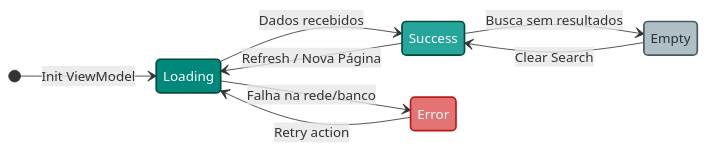
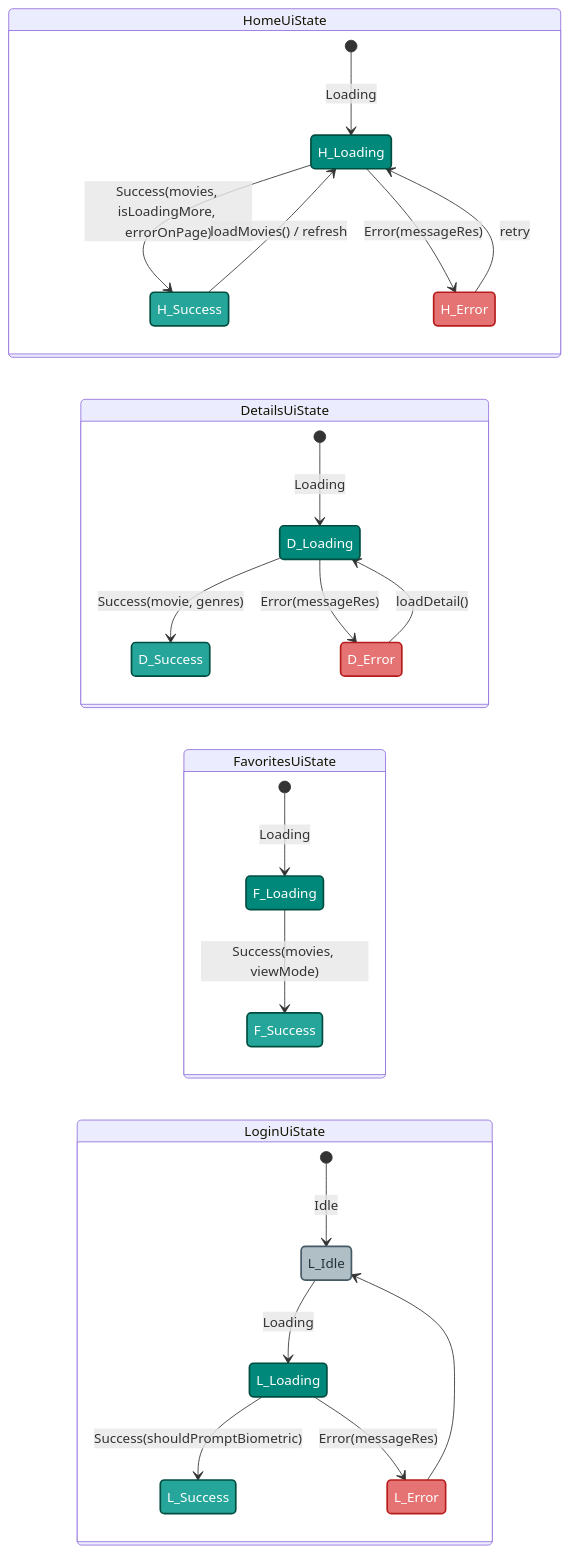
One commit to victorsantanaa/MovieFlux changed the fifth of 9 diagrams in docs/movie_flux_diagrams.md. Above: the diagram before and after it, drawn with Mermaid. The commit also changed other lines of this file, not shown here.

Commit message:
feat: update authentication flow diagrams and enhance data synchronization details

````diff
--- a/docs/movie_flux_diagrams.md
+++ b/docs/movie_flux_diagrams.md
@@ -133,24 +172,42 @@
 ```mermaid
 stateDiagram-v2
     direction LR
 
-    [*] --> Loading : Init ViewModel
-    Loading --> Success : Dados recebidos
-    Loading --> Error : Falha na rede/banco
+    state "HomeUiState" as Home {
+        [*] --> H_Loading : Loading
+        H_Loading --> H_Success : Success(movies, isLoadingMore, errorOnPage)
+        H_Loading --> H_Error : Error(messageRes)
+        H_Success --> H_Loading : loadMovies() / refresh
+        H_Error --> H_Loading : retry
+    }
 
-    Success --> Loading : Refresh / Nova Página
-    Success --> Empty : Busca sem resultados
+    state "DetailsUiState" as Details {
+        [*] --> D_Loading : Loading
+        D_Loading --> D_Success : Success(movie, genres)
+        D_Loading --> D_Error : Error(messageRes)
+        D_Error --> D_Loading : loadDetail()
+    }
 
-    Error --> Loading : Retry action
-    Empty --> Success : Clear Search
+    state "FavoritesUiState" as Fav {
+        [*] --> F_Loading : Loading
+        F_Loading --> F_Success : Success(movies, viewMode)
+    }
+
+    state "LoginUiState" as Login {
+        [*] --> L_Idle : Idle
+        L_Idle --> L_Loading : Loading
+        L_Loading --> L_Success : Success(shouldPromptBiometric)
+        L_Loading --> L_Error : Error(messageRes)
+        L_Error --> L_Idle
+    }
 
     classDef loading fill:#00897B,stroke:#004D40,color:#FFFFFF,stroke-width:2px
     classDef success fill:#26A69A,stroke:#004D40,color:#FFFFFF,stroke-width:2px
     classDef error fill:#E57373,stroke:#B71C1C,color:#FFFFFF,stroke-width:2px
-    classDef empty fill:#B0BEC5,stroke:#455A64,color:#263238,stroke-width:2px
+    classDef idle fill:#B0BEC5,stroke:#455A64,color:#263238,stroke-width:2px
 
-    class Loading loading
-    class Success success
-    class Error error
-    class Empty empty
+    class H_Loading,D_Loading,F_Loading,L_Loading loading
+    class H_Success,D_Success,F_Success,L_Success success
+    class H_Error,D_Error,L_Error error
+    class L_Idle idle
 ```
````
